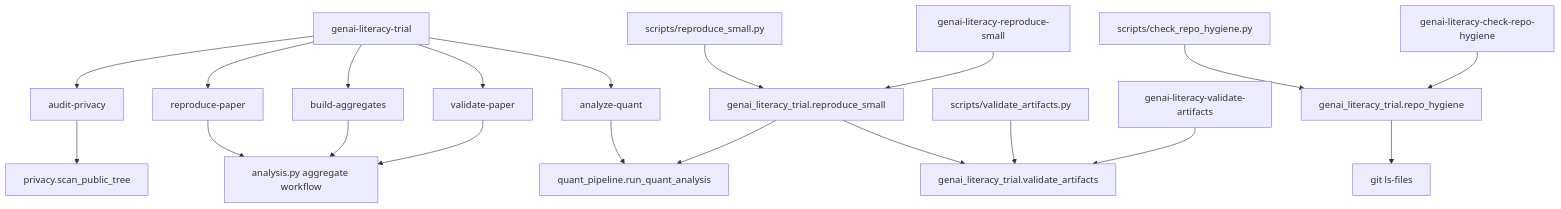
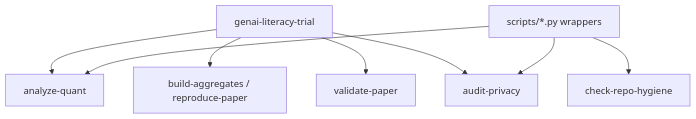
The second of 3 diagrams in docs/diagrams.md (NoeFlandre/genai-literacy-trial), drawn with Mermaid before and after one commit. The commit also changed other lines of this file and 20 other files, not shown here.

````diff
--- a/docs/diagrams.md
+++ b/docs/diagrams.md
@@ -108,26 +17,10 @@
 ```mermaid
 flowchart TB
-    Trial["genai-literacy-trial"] --> Analyze["analyze-quant"]
-    Trial --> ReproducePaper["reproduce-paper"]
-    Trial --> BuildAggregates["build-aggregates"]
-    Trial --> ValidatePaper["validate-paper"]
-    Trial --> AuditPrivacy["audit-privacy"]
-
-    Analyze --> Pipeline["quant_pipeline.run_quant_analysis"]
-    ReproducePaper --> Legacy["analysis.py aggregate workflow"]
-    BuildAggregates --> Legacy
-    ValidatePaper --> Legacy
-    AuditPrivacy --> Privacy["privacy.scan_public_tree"]
-
-    ScriptRepro["scripts/reproduce_small.py"] --> ReproModule["genai_literacy_trial.reproduce_small"]
-    ConsoleRepro["genai-literacy-reproduce-small"] --> ReproModule
-    ReproModule --> Pipeline
-    ReproModule --> ArtifactModule["genai_literacy_trial.validate_artifacts"]
-
-    ScriptValidate["scripts/validate_artifacts.py"] --> ArtifactModule
-    ConsoleValidate["genai-literacy-validate-artifacts"] --> ArtifactModule
-
-    ScriptHygiene["scripts/check_repo_hygiene.py"] --> HygieneModule["genai_literacy_trial.repo_hygiene"]
-    ConsoleHygiene["genai-literacy-check-repo-hygiene"] --> HygieneModule
-    HygieneModule --> Git["git ls-files"]
+    Root["genai-literacy-trial"] --> Quant["analyze-quant"]
+    Root --> Legacy["build-aggregates / reproduce-paper"]
+    Root --> Paper["validate-paper"]
+    Root --> Privacy["audit-privacy"]
+    Script["scripts/*.py wrappers"] --> Quant
+    Script --> Privacy
+    Script --> Hygiene["check-repo-hygiene"]
 ```
````
